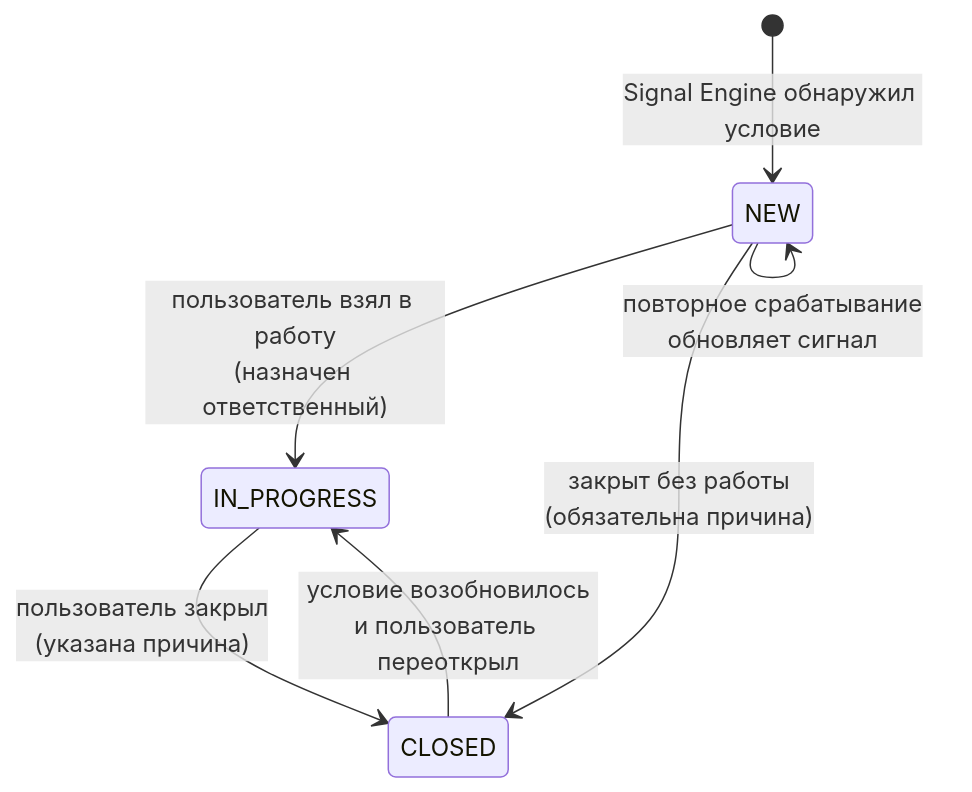
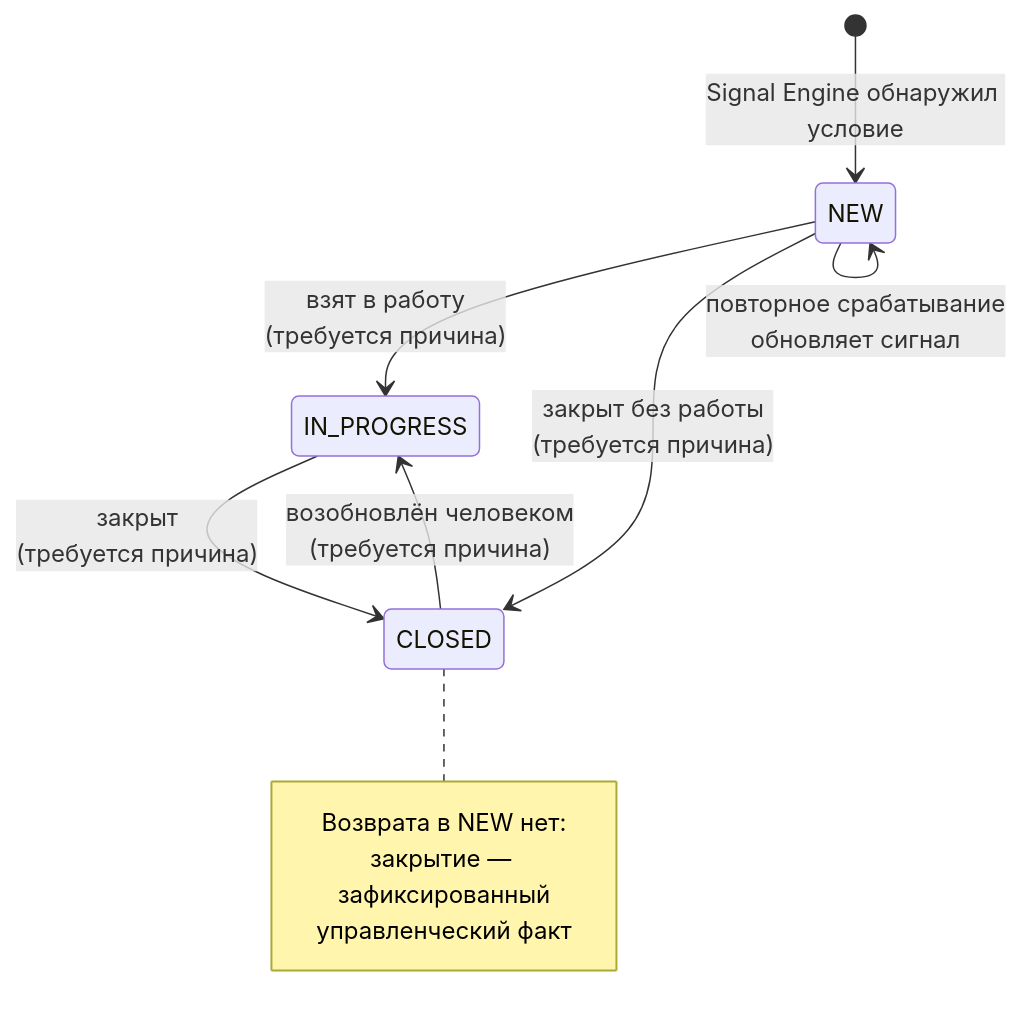
One commit to BAITC-Hacks/hack-54e4bd29-claudex changed the third of 5 diagrams in docs/BUSINESS_LOGIC.md. Above: the diagram before and after it, drawn with Mermaid. The commit also changed other lines of this file and 93 other files, not shown here.

````diff
--- a/docs/BUSINESS_LOGIC.md
+++ b/docs/BUSINESS_LOGIC.md
@@ -165,9 +180,15 @@
 ```mermaid
 stateDiagram-v2
     [*] --> NEW : Signal Engine обнаружил условие
-    NEW --> IN_PROGRESS : пользователь взял в работу<br/>(назначен ответственный)
-    IN_PROGRESS --> CLOSED : пользователь закрыл<br/>(указана причина)
-    NEW --> CLOSED : закрыт без работы<br/>(обязательна причина)
-    CLOSED --> IN_PROGRESS : условие возобновилось<br/>и пользователь переоткрыл
+    NEW --> IN_PROGRESS : взят в работу<br/>(требуется причина)
+    IN_PROGRESS --> CLOSED : закрыт<br/>(требуется причина)
+    NEW --> CLOSED : закрыт без работы<br/>(требуется причина)
+    CLOSED --> IN_PROGRESS : возобновлён человеком<br/>(требуется причина)
     NEW --> NEW : повторное срабатывание<br/>обновляет сигнал
+
+    note right of CLOSED
+        Возврата в NEW нет:
+        закрытие — зафиксированный
+        управленческий факт
+    end note
 ```
````
